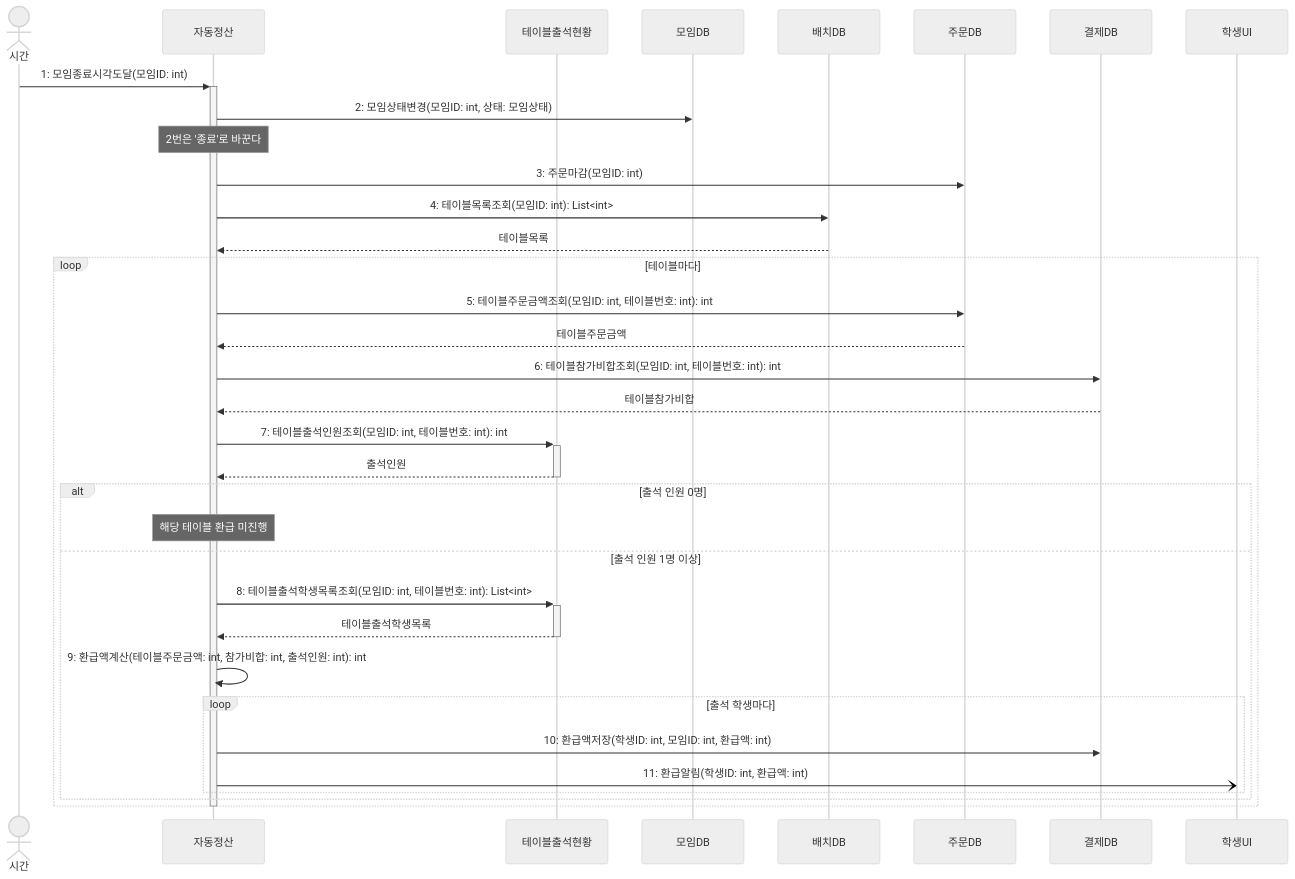
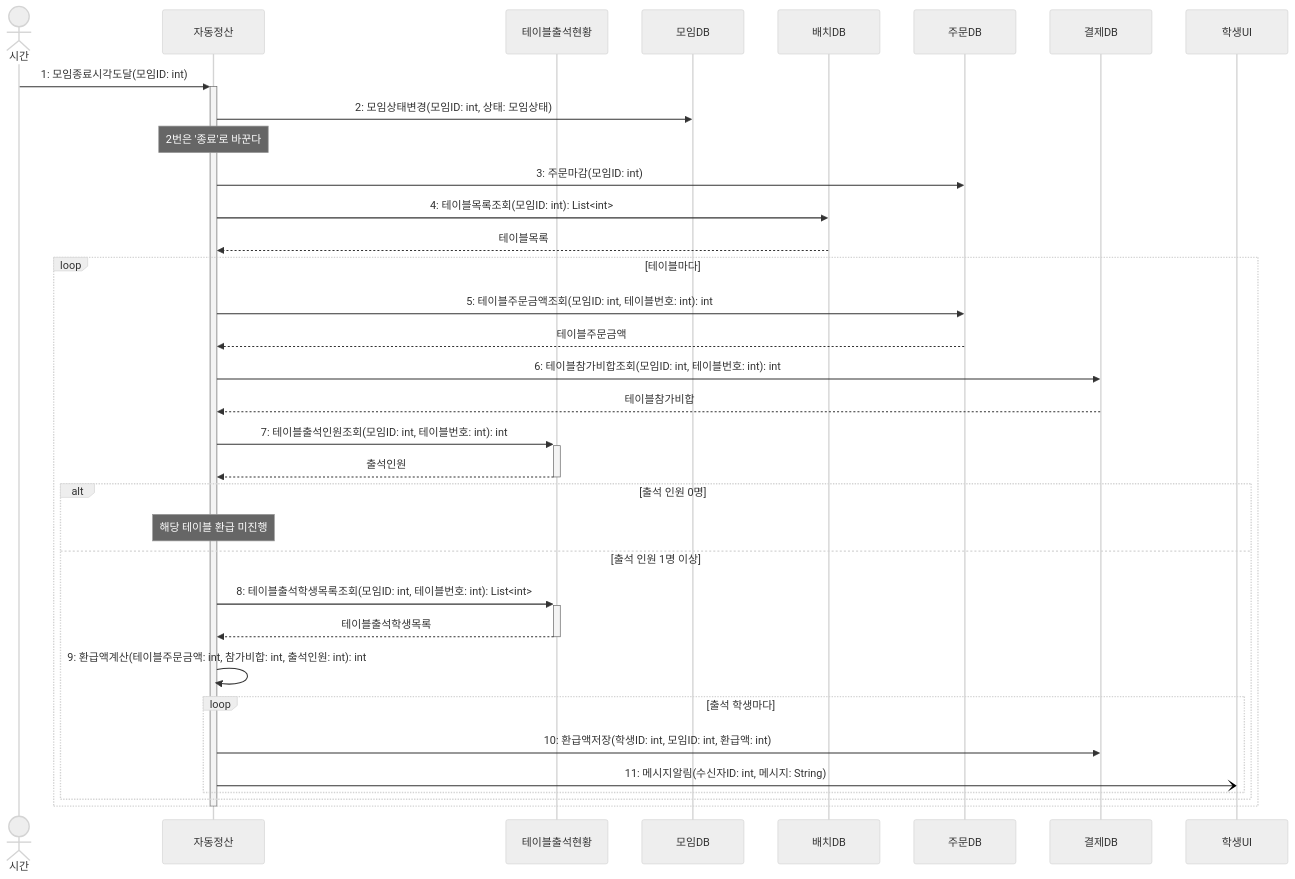
One commit to hojae3/sw-engineering-16 changed the diagram in sequence/seq-09.md. Above: the diagram before and after it, drawn with Mermaid (neutral theme). The commit also changed other lines of this file and 19 other files, not shown here.

````diff
--- a/sequence/seq-09.md
+++ b/sequence/seq-09.md
@@ -26,40 +26,40 @@
 ```mermaid
 sequenceDiagram
     actor 시간
     participant 정산 as 자동정산
     participant 현황 as 테이블출석현황
     participant 모임DB as 모임DB
     participant 배치DB as 배치DB
     participant 주문DB as 주문DB
     participant 결제DB as 결제DB
     participant 학생UI as 학생UI
 
     시간->>+정산: 1: 모임종료시각도달(모임ID: int)
     정산->>모임DB: 2: 모임상태변경(모임ID: int, 상태: 모임상태)
     Note over 정산: 2번은 '종료'로 바꾼다
     정산->>주문DB: 3: 주문마감(모임ID: int)
     정산->>배치DB: 4: 테이블목록조회(모임ID: int): List<int>
     배치DB-->>정산: 테이블목록
     
     loop 테이블마다
         정산->>주문DB: 5: 테이블주문금액조회(모임ID: int, 테이블번호: int): int
         주문DB-->>정산: 테이블주문금액
         정산->>결제DB: 6: 테이블참가비합조회(모임ID: int, 테이블번호: int): int
         결제DB-->>정산: 테이블참가비합
         정산->>+현황: 7: 테이블출석인원조회(모임ID: int, 테이블번호: int): int
         현황-->>-정산: 출석인원
         
         alt 출석 인원 0명
             Note over 정산: 해당 테이블 환급 미진행
         else 출석 인원 1명 이상
             정산->>+현황: 8: 테이블출석학생목록조회(모임ID: int, 테이블번호: int): List<int>
             현황-->>-정산: 테이블출석학생목록
             정산->>정산: 9: 환급액계산(테이블주문금액: int, 참가비합: int, 출석인원: int): int
             loop 출석 학생마다
                 정산->>결제DB: 10: 환급액저장(학생ID: int, 모임ID: int, 환급액: int)
-                정산-)학생UI: 11: 환급알림(학생ID: int, 환급액: int)
+                정산-)학생UI: 11: 메시지알림(수신자ID: int, 메시지: String)
             end
         end
     end
     deactivate 정산
 ```
````
